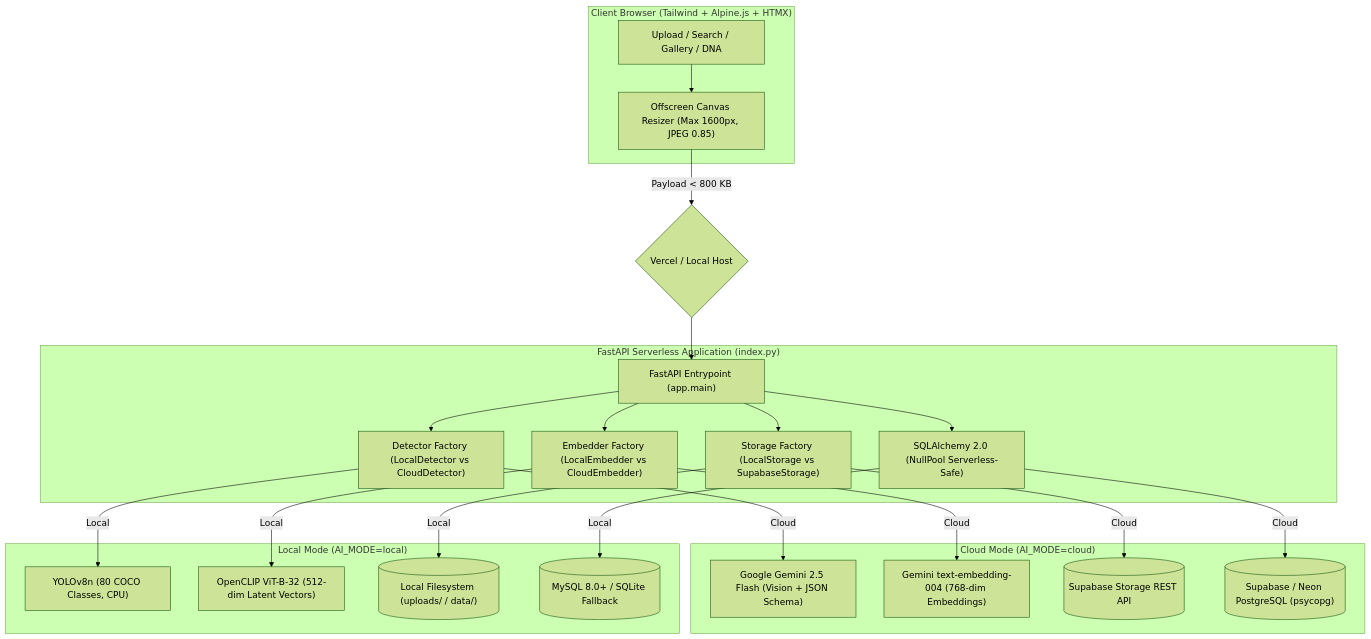
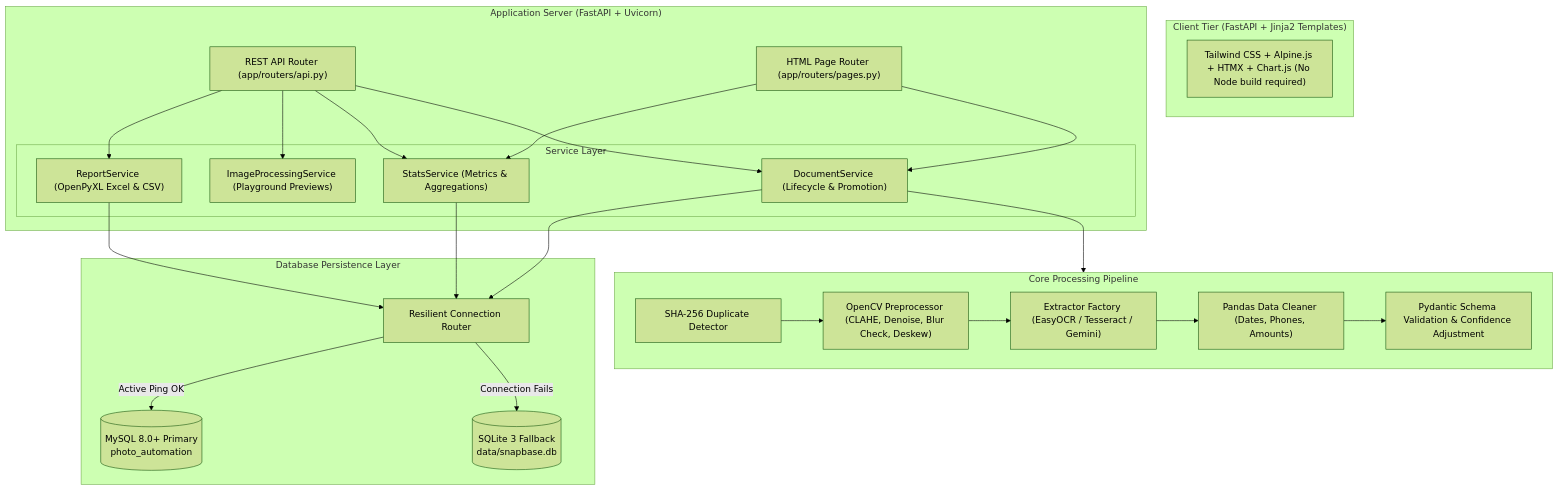
Before and after one commit to joelmalin13/Photo-to-database-automation-system: the first of 2 diagrams in README.md, drawn with Mermaid (forest theme). The commit also changed other lines of this file and 72 other files, not shown here.

Commit message:
feat: align photo-to-database automation system with presentation specification (receipts, review, ask-receipts, spending dashboard)

````diff
--- a/README.md
+++ b/README.md
@@ -34,47 +68,49 @@
 ```mermaid
 flowchart TD
-    subgraph Client ["Client Browser (Tailwind + Alpine.js + HTMX)"]
-        UI["Upload / Search / Gallery / DNA"]
-        Canvas["Offscreen Canvas Resizer (Max 1600px, JPEG 0.85)"]
-        UI --> Canvas
+    subgraph Client["Client Tier (FastAPI + Jinja2 Templates)"]
+        UI["Tailwind CSS + Alpine.js + HTMX + Chart.js (No Node build required)"]
     end
 
-    Canvas -->|Payload < 800 KB| Router{"Vercel / Local Host"}
-
-    subgraph Serverless ["FastAPI Serverless Application (index.py)"]
-        App["FastAPI Entrypoint (app.main)"]
-        StorageFactory["Storage Factory (LocalStorage vs SupabaseStorage)"]
-        DetectorFactory["Detector Factory (LocalDetector vs CloudDetector)"]
-        EmbedderFactory["Embedder Factory (LocalEmbedder vs CloudEmbedder)"]
-        DBPool["SQLAlchemy 2.0 (NullPool Serverless-Safe)"]
+    subgraph Server["Application Server (FastAPI + Uvicorn)"]
+        RouterPages["HTML Page Router (app/routers/pages.py)"]
+        RouterAPI["REST API Router (app/routers/api.py)"]
+        
+        subgraph Services["Service Layer"]
+            DocService["DocumentService (Lifecycle & Promotion)"]
+            ImgService["ImageProcessingService (Playground Previews)"]
+            StatsService["StatsService (Metrics & Aggregations)"]
+            ReportService["ReportService (OpenPyXL Excel & CSV)"]
+        end
+        
+        RouterPages --> DocService
+        RouterPages --> StatsService
+        RouterAPI --> DocService
+        RouterAPI --> ImgService
+        RouterAPI --> StatsService
+        RouterAPI --> ReportService
     end
 
-    Router --> App
-    App --> StorageFactory
-    App --> DetectorFactory
-    App --> EmbedderFactory
-    App --> DBPool
-
-    subgraph CloudStack ["Cloud Mode (AI_MODE=cloud)"]
-        Gemini["Google Gemini 2.5 Flash (Vision + JSON Schema)"]
-        GeminiEmbed["Gemini text-embedding-004 (768-dim Embeddings)"]
-        SupaStore[("Supabase Storage REST API")]
-        SupaDB[("Supabase / Neon PostgreSQL (psycopg)")]
+    subgraph Core["Core Processing Pipeline"]
+        Preprocess["OpenCV Preprocessor (CLAHE, Denoise, Blur Check, Deskew)"]
+        Hasher["SHA-256 Duplicate Detector"]
+        OCREngines["Extractor Factory (EasyOCR / Tesseract / Gemini)"]
+        PandasCleaner["Pandas Data Cleaner (Dates, Phones, Amounts)"]
+        Validators["Pydantic Schema Validation & Confidence Adjustment"]
+        
+        Hasher --> Preprocess --> OCREngines --> PandasCleaner --> Validators
     end
 
-    subgraph LocalStack ["Local Mode (AI_MODE=local)"]
-        YOLO["YOLOv8n (80 COCO Classes, CPU)"]
-        CLIP["OpenCLIP ViT-B-32 (512-dim Latent Vectors)"]
-        LocalDisk[("Local Filesystem (uploads/ / data/)")]
-        LocalDB[("MySQL 8.0+ / SQLite Fallback")]
+    subgraph Data["Database Persistence Layer"]
+        ResilientEngine["Resilient Connection Router"]
+        MySQL[("MySQL 8.0+ Primary\nphoto_automation")]
+        SQLiteFallback[("SQLite 3 Fallback\ndata/snapbase.db")]
+        
+        ResilientEngine -->|Active Ping OK| MySQL
+        ResilientEngine -->|Connection Fails| SQLiteFallback
     end
 
-    DetectorFactory -->|Cloud| Gemini
-    DetectorFactory -->|Local| YOLO
-    EmbedderFactory -->|Cloud| GeminiEmbed
-    EmbedderFactory -->|Local| CLIP
-    StorageFactory -->|Cloud| SupaStore
-    StorageFactory -->|Local| LocalDisk
-    DBPool -->|Cloud| SupaDB
-    DBPool -->|Local| LocalDB
+    DocService --> Core
+    DocService --> ResilientEngine
+    StatsService --> ResilientEngine
+    ReportService --> ResilientEngine
 ```
````
